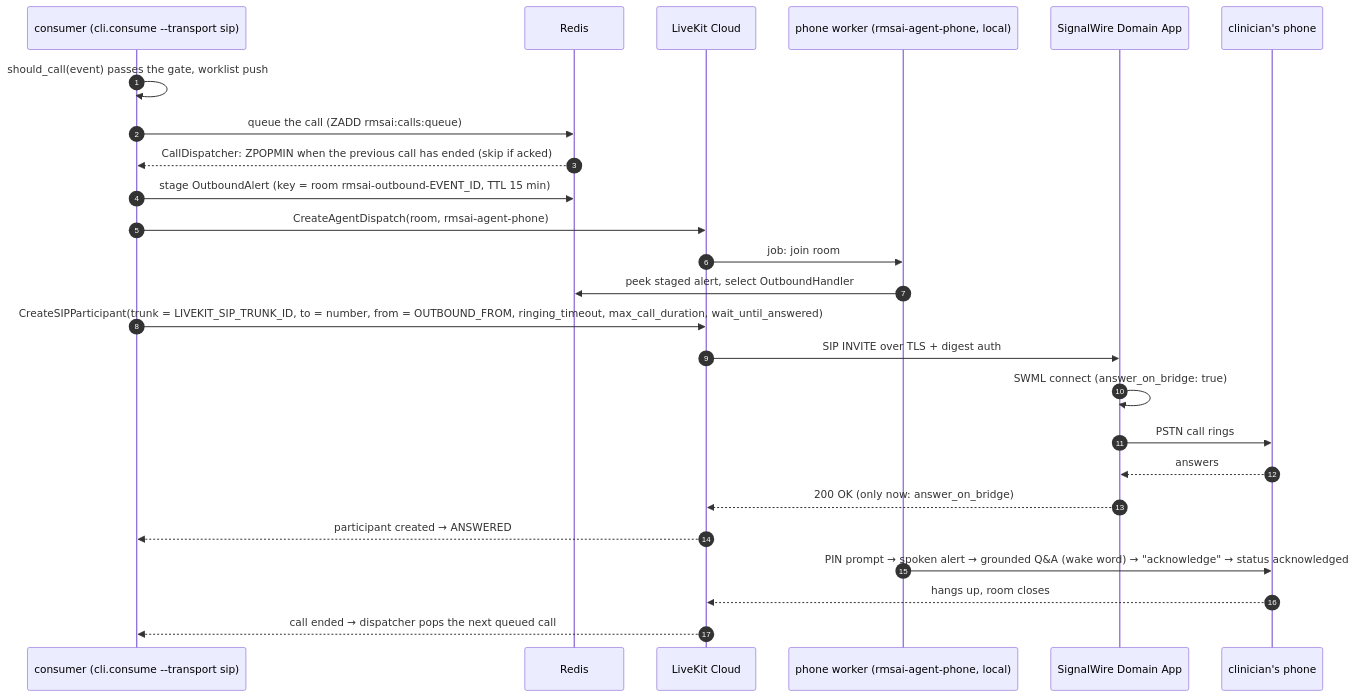
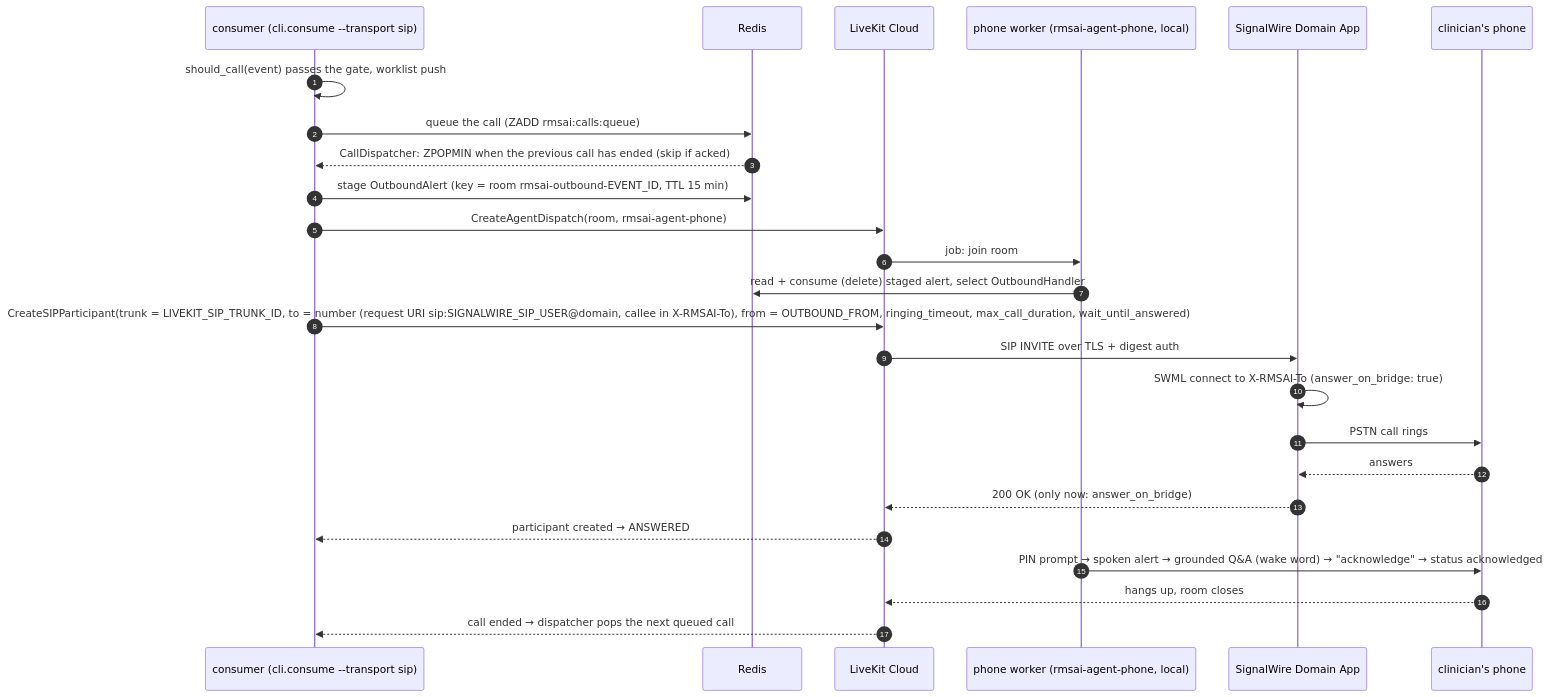
The fourth of 5 diagrams in ARCHITECTURE.md (crtx-sg/rmsai-relay), drawn with Mermaid before and after one commit. The commit also changed other lines of this file and 24 other files, not shown here.

First line of the commit message:
Docs checked against the code: README, ARCHITECTURE, guides and folder READMEs

````diff
--- a/ARCHITECTURE.md
+++ b/ARCHITECTURE.md
@@ -523,27 +529,27 @@
 ```mermaid
 sequenceDiagram
     autonumber
     participant C as consumer (cli.consume --transport sip)
     participant R as Redis
     participant LK as LiveKit Cloud
     participant W as phone worker (rmsai-agent-phone, local)
     participant SW as SignalWire Domain App
     participant P as clinician's phone
     C->>C: should_call(event) passes the gate, worklist push
     C->>R: queue the call (ZADD rmsai:calls:queue)
     R-->>C: CallDispatcher: ZPOPMIN when the previous call has ended (skip if acked)
     C->>R: stage OutboundAlert (key = room rmsai-outbound-EVENT_ID, TTL 15 min)
     C->>LK: CreateAgentDispatch(room, rmsai-agent-phone)
     LK->>W: job: join room
-    W->>R: peek staged alert, select OutboundHandler
-    C->>LK: CreateSIPParticipant(trunk = LIVEKIT_SIP_TRUNK_ID, to = number, from = OUTBOUND_FROM, ringing_timeout, max_call_duration, wait_until_answered)
+    W->>R: read + consume (delete) staged alert, select OutboundHandler
+    C->>LK: CreateSIPParticipant(trunk = LIVEKIT_SIP_TRUNK_ID, to = number (request URI sip:SIGNALWIRE_SIP_USER@domain, callee in X-RMSAI-To), from = OUTBOUND_FROM, ringing_timeout, max_call_duration, wait_until_answered)
     LK->>SW: SIP INVITE over TLS + digest auth
-    SW->>SW: SWML connect (answer_on_bridge: true)
+    SW->>SW: SWML connect to X-RMSAI-To (answer_on_bridge: true)
     SW->>P: PSTN call rings
     P-->>SW: answers
     SW-->>LK: 200 OK (only now: answer_on_bridge)
     LK-->>C: participant created → ANSWERED
     W->>P: PIN prompt → spoken alert → grounded Q&A (wake word) → "acknowledge" → status acknowledged
     P-->>LK: hangs up, room closes
     LK-->>C: call ended → dispatcher pops the next queued call
 ```
````
